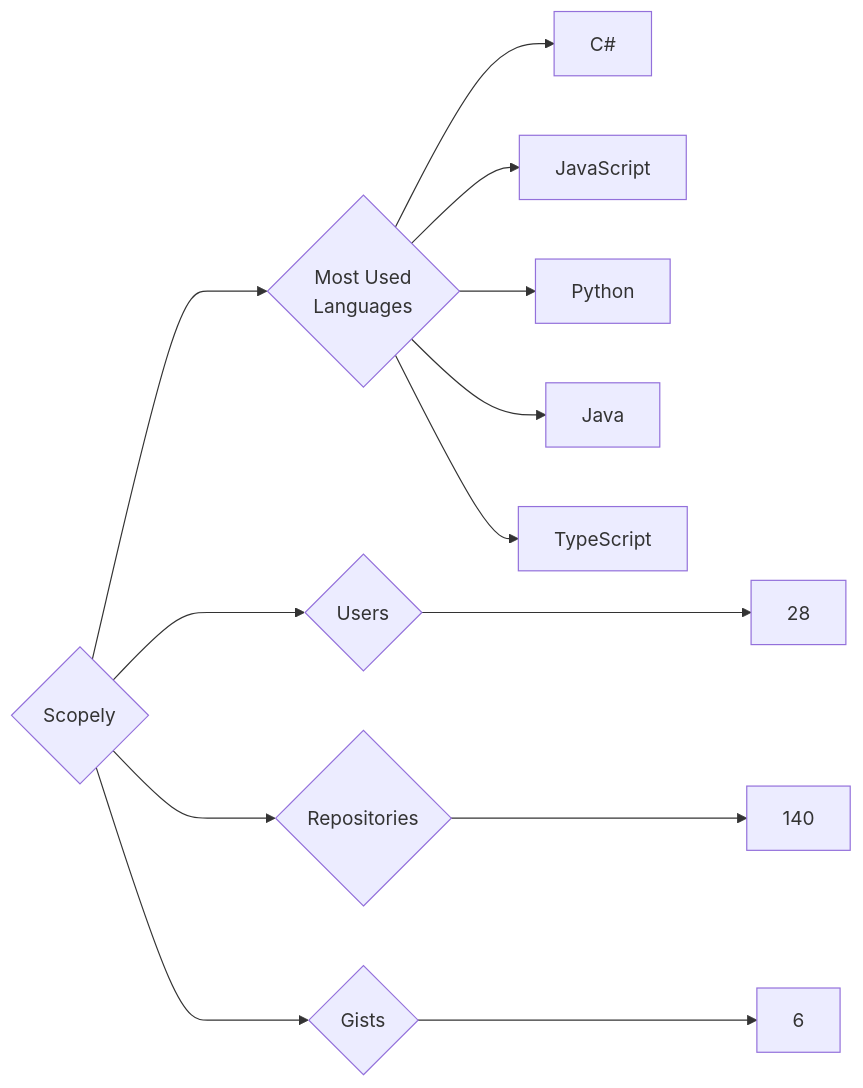
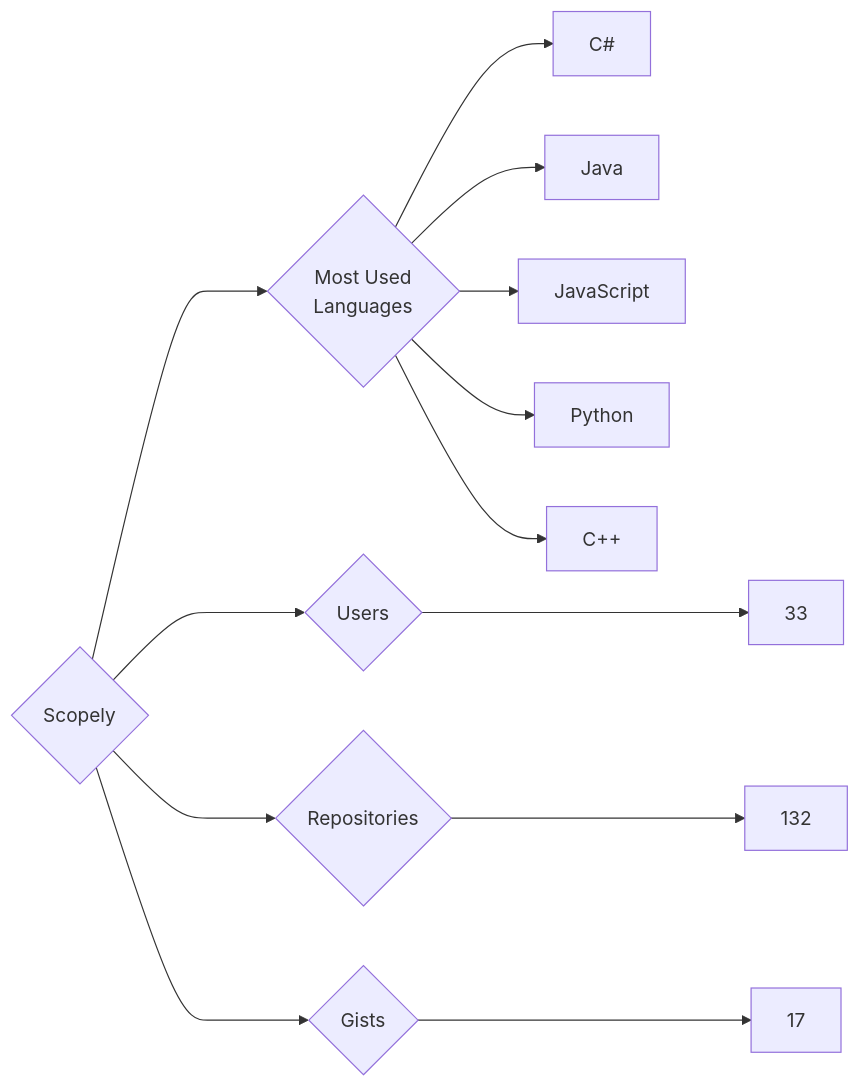
The diagram in targets/Scopely/README.md (trickest/insiders), drawn with Mermaid before and after one commit. The commit also changed 814 other files, not shown here.

````diff
--- a/targets/Scopely/README.md
+++ b/targets/Scopely/README.md
@@ -3,13 +3,13 @@
 ```mermaid
 graph LR
 COMPANY_NAME{Scopely}
-COMPANY_NAME ---> U{Users} ---> UN[28]
-COMPANY_NAME ---> R{Repositories} ---> RN[140]
-COMPANY_NAME ---> G{Gists} ---> GN[6]
+COMPANY_NAME ---> U{Users} ---> UN[33]
+COMPANY_NAME ---> R{Repositories} ---> RN[132]
+COMPANY_NAME ---> G{Gists} ---> GN[17]
 COMPANY_NAME ---> ML{Most Used<br>Languages}
 ML --> C#[C#]
+ML --> Java[Java]
 ML --> JavaScript[JavaScript]
 ML --> Python[Python]
-ML --> Java[Java]
-ML --> TypeScript[TypeScript]
+ML --> C++[C++]
 ```
````
